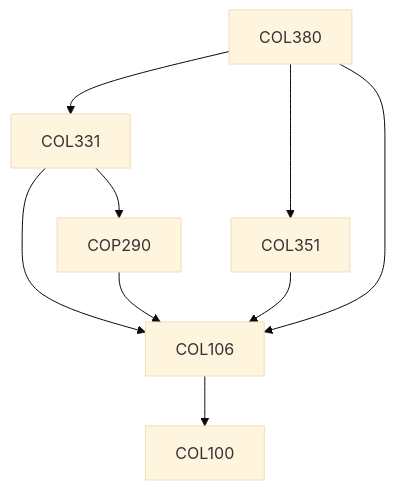
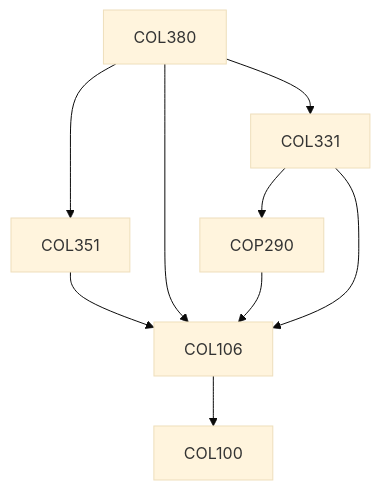
The diagram in content/Computer Science and Engineering/COL380.md (KeshavBansal0122/CoS_Website), drawn with Mermaid (base theme) before and after one commit. The commit also changed other lines of this file and 2662 other files, not shown here.

````diff
--- a/content/Computer Science and Engineering/COL380.md
+++ b/content/Computer Science and Engineering/COL380.md
@@ -15,15 +15,15 @@
 ```mermaid
 flowchart TD
 COL380-187[COL380]
-COL106-187 --> COL100-187[COL100]
+COL331-187 --> COP290-187[COP290]
 COL380-187 --> COL351-187[COL351]
-COL331-187 --> COP290-187[COP290]
-COL331-187 --> COL106-187[COL106]
-COL380-187 --> COL331-187[COL331]
 COP290-187 --> COL106-187[COL106]
 COL351-187 --> COL106-187[COL106]
+COL106-187 --> COL100-187[COL100]
 COL380-187 --> COL106-187[COL106]
+COL380-187 --> COL331-187[COL331]
+COL331-187 --> COL106-187[COL106]
 
 classDef empty height:17px, fill:transparent, stroke:transparent;
 classDef trueEmpty height:0px, width:0px;
 ```
````
